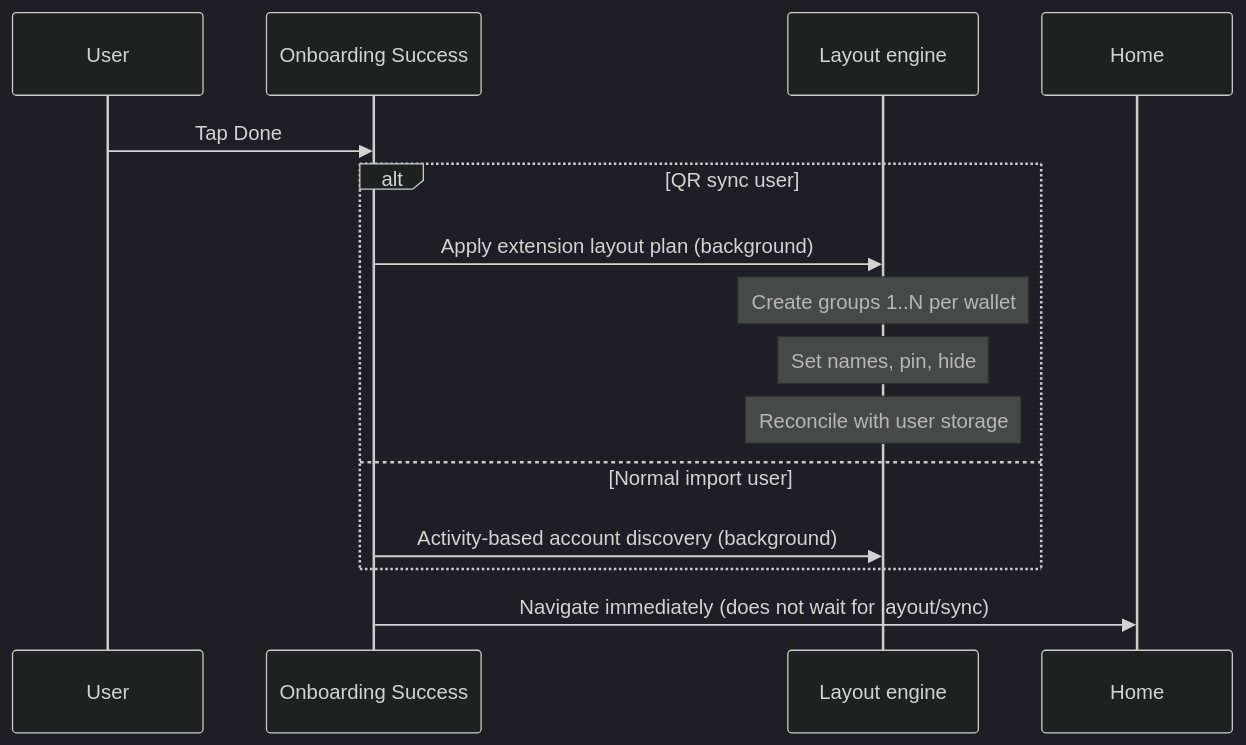
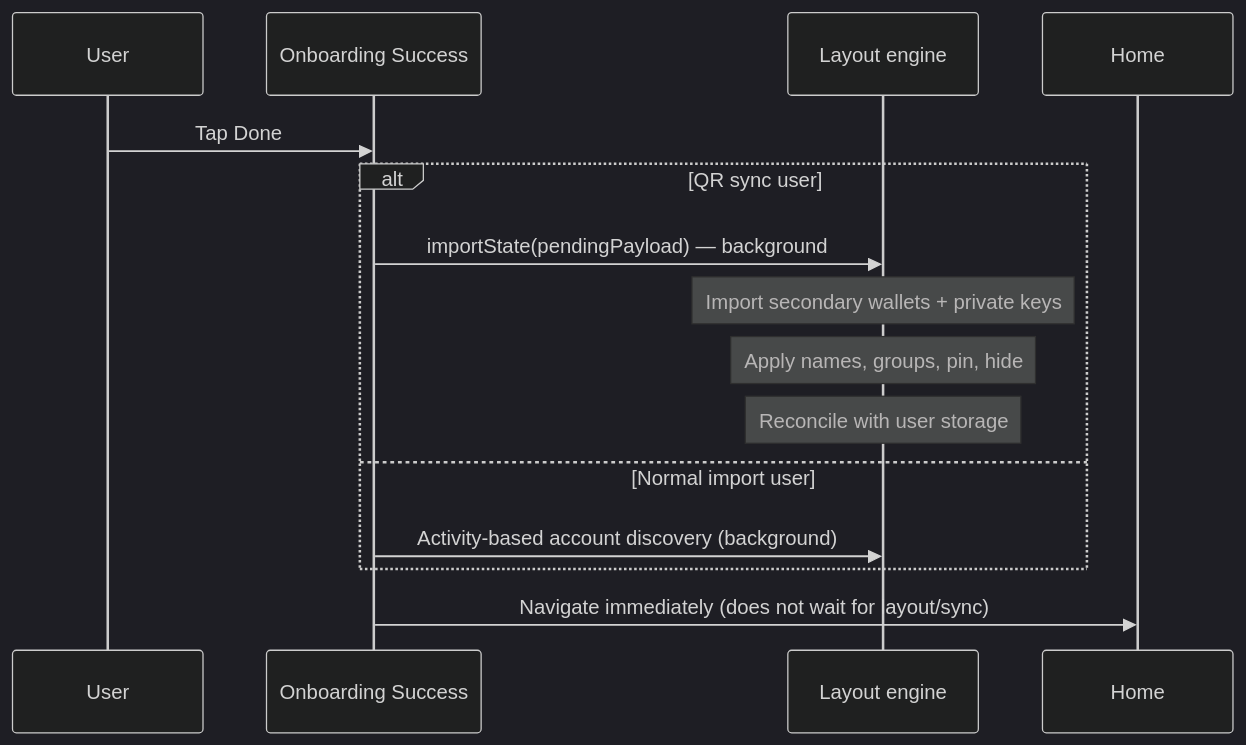
The fourth of 4 diagrams in docs/qr-sync/README.md (MetaMask/metamask-mobile), drawn with Mermaid (dark theme) before and after one commit. The commit also changed other lines of this file and 1 other file, not shown here.

````diff
--- a/docs/qr-sync/README.md
+++ b/docs/qr-sync/README.md
@@ -132,18 +128,18 @@
 ```mermaid
 sequenceDiagram
     participant User
     participant Success as Onboarding Success
     participant Layout as Layout engine
     participant Home
 
     User->>Success: Tap Done
     alt QR sync user
-        Success->>Layout: Apply extension layout plan (background)
-        Note over Layout: Create groups 1..N per wallet
-        Note over Layout: Set names, pin, hide
+        Success->>Layout: importState(pendingPayload) — background
+        Note over Layout: Import secondary wallets + private keys
+        Note over Layout: Apply names, groups, pin, hide
         Note over Layout: Reconcile with user storage
     else Normal import user
         Success->>Layout: Activity-based account discovery (background)
     end
     Success->>Home: Navigate immediately (does not wait for layout/sync)
 ```
````
